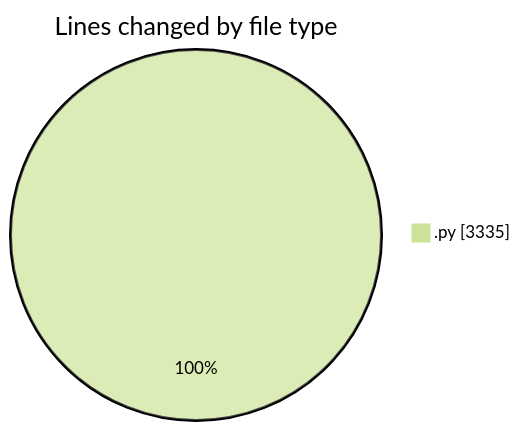
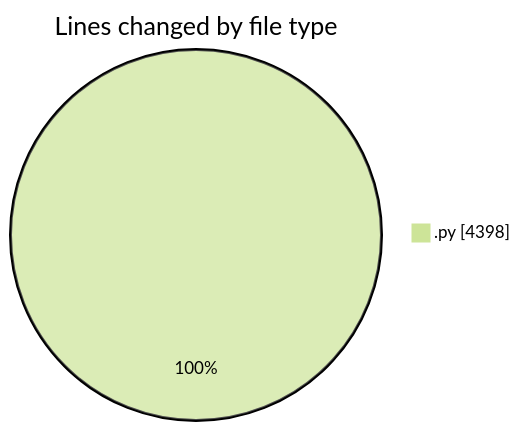
One commit to julien-gomy/code-tracking changed the first of 2 diagrams in 2025-11-19/eventscop-api-guide__workspace_/README.md. Above: the diagram before and after it, drawn with Mermaid (forest theme). The commit also changed other lines of this file and 1 other file, not shown here.

````diff
--- a/2025-11-19/eventscop-api-guide__workspace_/README.md
+++ b/2025-11-19/eventscop-api-guide__workspace_/README.md
@@ -25,5 +27,5 @@
 ```mermaid
 pie showData
 title Lines changed by file type
-".py" : 3335
+".py" : 4398
 ```
````
